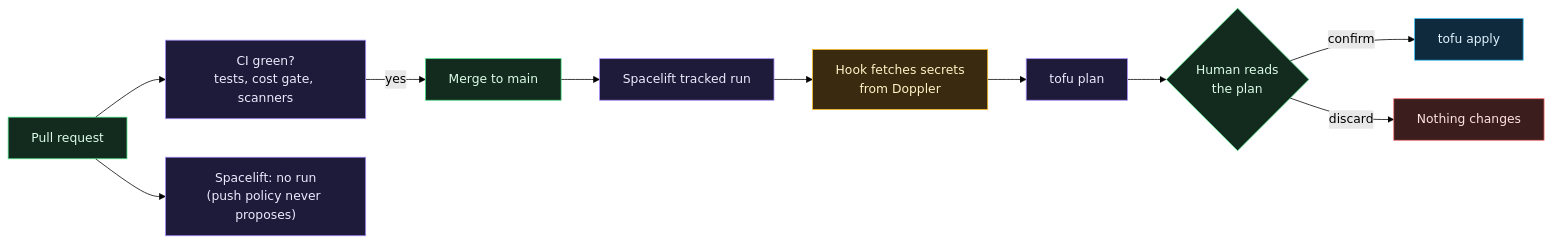
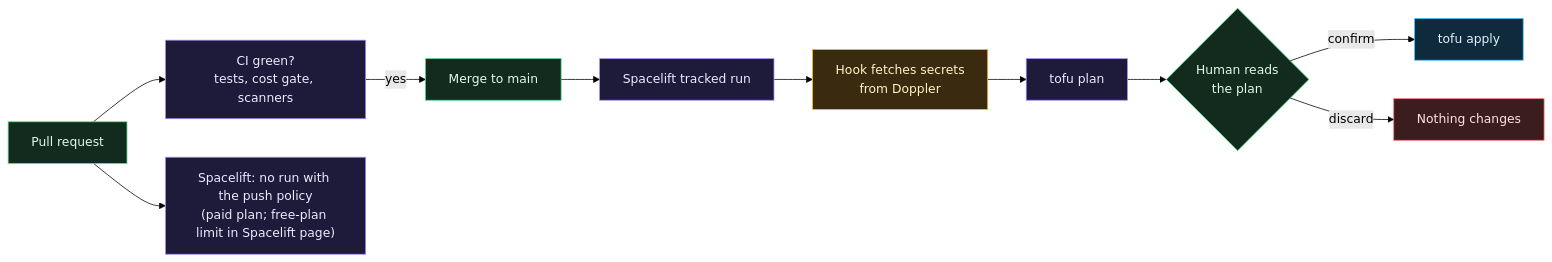
One commit to ChiefGyk3D/Clouds-Against-Humanity changed the second of 4 diagrams in docs/wiki/Architecture-Overview.md. Above: the diagram before and after it, drawn with Mermaid (forest theme). The commit also changed other lines of this file and 7 other files, not shown here.

Commit message:
docs(wiki): one home for the push-policy caveat, Wazuh lesson accuracy, heading links

````diff
--- a/docs/wiki/Architecture-Overview.md
+++ b/docs/wiki/Architecture-Overview.md
@@ -84,18 +84,18 @@
 ```mermaid
 flowchart LR
     pr["Pull request"]:::you --> ci["CI green?<br/>tests, cost gate, scanners"]:::ctrl
-    pr --> prop["Spacelift: no run<br/>(push policy never proposes)"]:::ctrl
+    pr --> prop["Spacelift: no run with the push policy<br/>(paid plan; free-plan limit in Spacelift page)"]:::ctrl
     ci -- "yes" --> merge["Merge to main"]:::you
     merge --> tracked["Spacelift tracked run"]:::ctrl
     tracked --> hook["Hook fetches secrets<br/>from Doppler"]:::secret
     hook --> plan["tofu plan"]:::ctrl
     plan --> human{"Human reads<br/>the plan"}:::you
     human -- "confirm" --> apply["tofu apply"]:::cloud
     human -- "discard" --> stop["Nothing changes"]:::ext
 
     classDef you fill:#132a1f,stroke:#4ade80,color:#dcfce7
     classDef ext fill:#3b1d1d,stroke:#f87171,color:#fde2e2
     classDef ctrl fill:#1e1b3a,stroke:#a78bfa,color:#ede9fe
     classDef cloud fill:#0f2a3d,stroke:#38bdf8,color:#e0f2fe
     classDef secret fill:#3a2a0f,stroke:#fbbf24,color:#fef3c7
 ```
````
